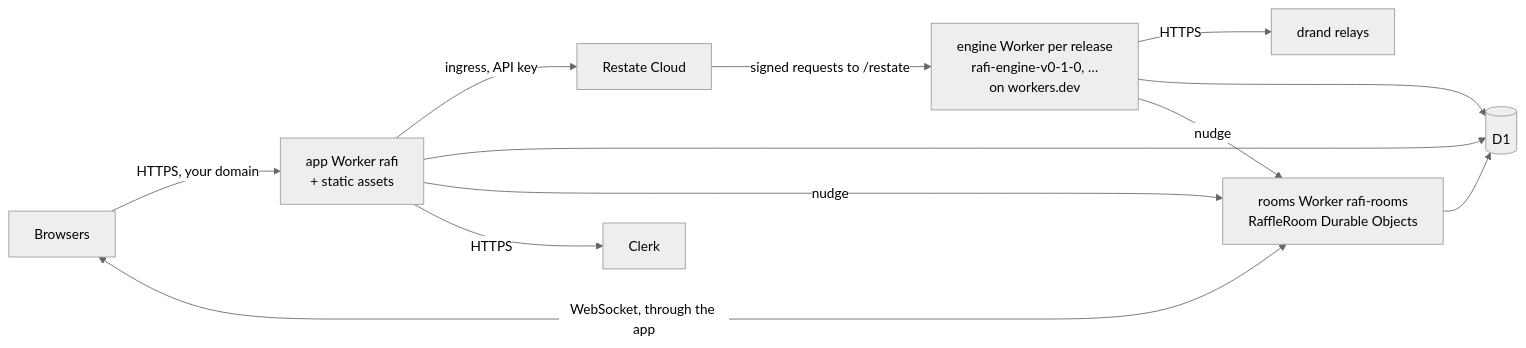
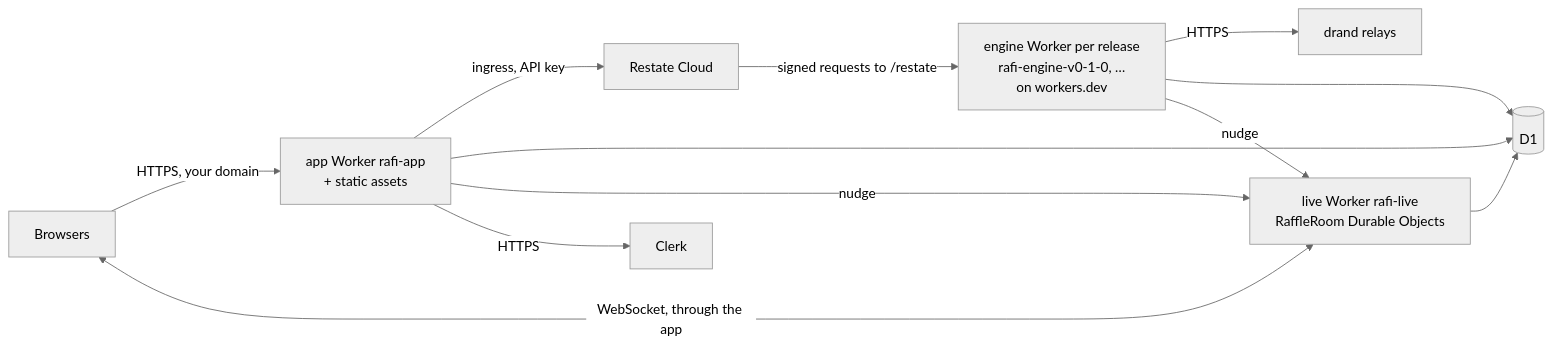
Before and after one commit to sagikazarmark/rafi.orig: the second of 2 diagrams in docs/operations/overview.md, drawn with Mermaid (neutral theme). The commit also changed other lines of this file and 12 other files, not shown here.

````diff
--- a/docs/operations/overview.md
+++ b/docs/operations/overview.md
@@ -43,14 +43,14 @@
 ```mermaid
 flowchart LR
-    users[Browsers] -->|HTTPS, your domain| app[app Worker rafi<br/>+ static assets]
-    users <-->|WebSocket, through the app| room[rooms Worker rafi-rooms<br/>RaffleRoom Durable Objects]
+    users[Browsers] -->|HTTPS, your domain| app[app Worker rafi-app<br/>+ static assets]
+    users <-->|WebSocket, through the app| room[live Worker rafi-live<br/>RaffleRoom Durable Objects]
     app -->|ingress, API key| rc[Restate Cloud]
     rc -->|signed requests to /restate| engine[engine Worker per release<br/>rafi-engine-v0-1-0, …<br/>on workers.dev]
     engine -->|HTTPS| drand[drand relays]
     app --> d1[(D1)]
     engine --> d1
     room --> d1
     app -->|nudge| room
     engine -->|nudge| room
     app -->|HTTPS| clerk[Clerk]
 ```
````
